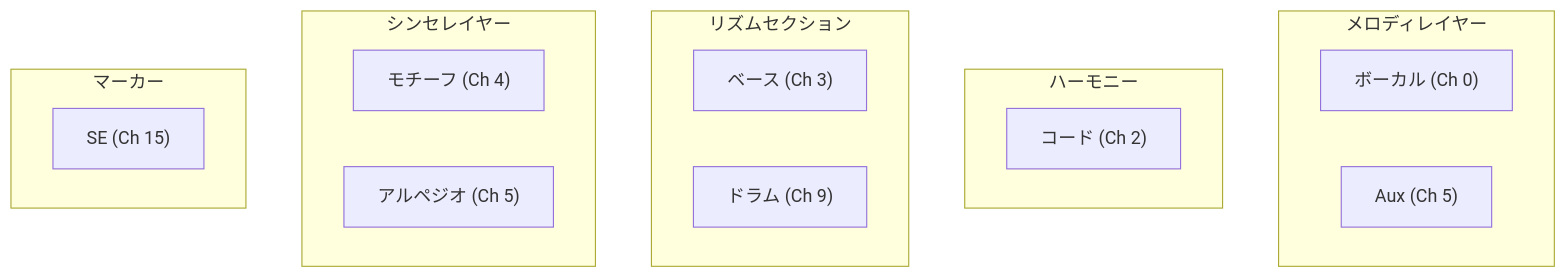
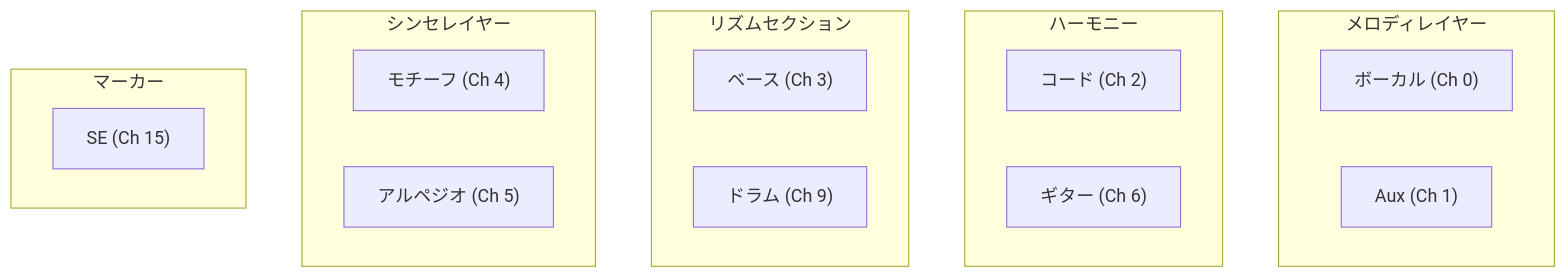
One commit to libraz/midi-sketch-homepage changed the first of 9 diagrams in src/ja/docs/track-generators.md. Above: the diagram before and after it, drawn with Mermaid. The commit also changed other lines of this file and 24 other files, not shown here.

````diff
--- a/src/ja/docs/track-generators.md
+++ b/src/ja/docs/track-generators.md
@@ -9,25 +9,26 @@
 ```mermaid
 flowchart TB
     subgraph Melody ["メロディレイヤー"]
         Vocal["ボーカル (Ch 0)"]
-        Aux["Aux (Ch 5)"]
+        Aux["Aux (Ch 1)"]
     end
 
     subgraph Harmony ["ハーモニー"]
         Chord["コード (Ch 2)"]
+        Guitar["ギター (Ch 6)"]
     end
 
     subgraph Rhythm ["リズムセクション"]
         Bass["ベース (Ch 3)"]
         Drums["ドラム (Ch 9)"]
     end
 
     subgraph Synth ["シンセレイヤー"]
         Motif["モチーフ (Ch 4)"]
         Arpeggio["アルペジオ (Ch 5)"]
     end
 
     subgraph Markers ["マーカー"]
         SE["SE (Ch 15)"]
     end
 ```
````
